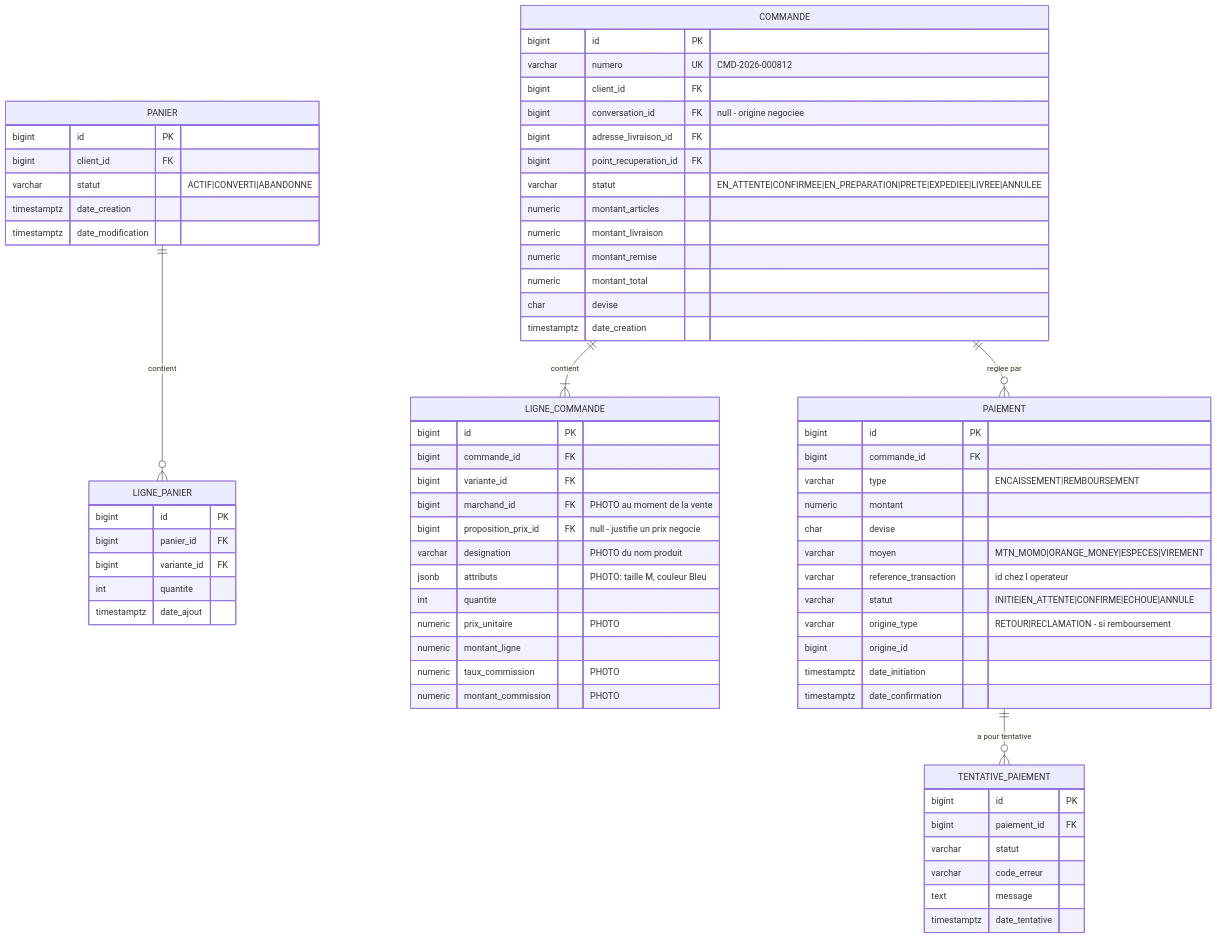
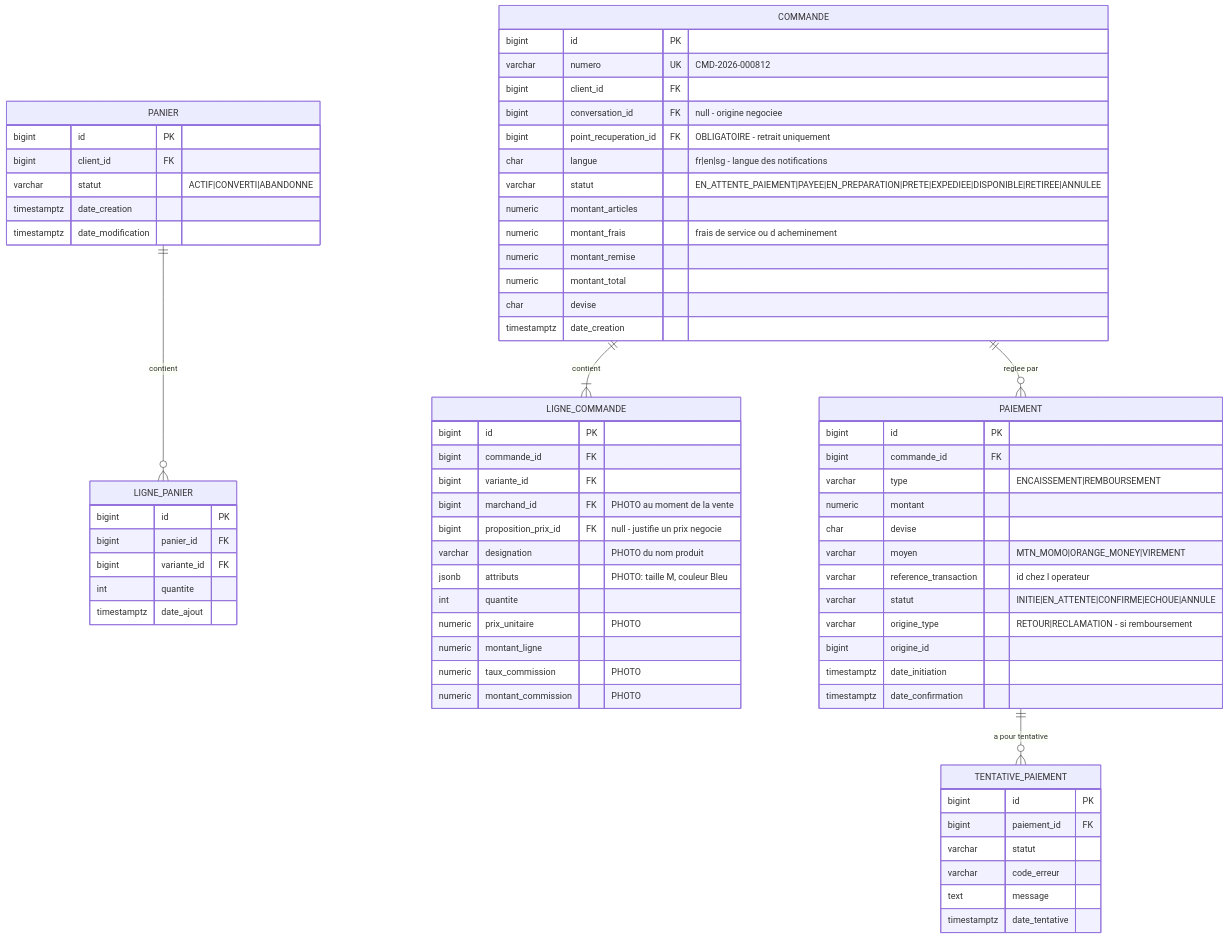
The fifth of 12 diagrams in docs/cours/03-le-modele-corrige.md (Dominique-BRIA/garah), drawn with Mermaid before and after one commit. The commit also changed other lines of this file and 1 other file, not shown here.

````diff
--- a/docs/cours/03-le-modele-corrige.md
+++ b/docs/cours/03-le-modele-corrige.md
@@ -576,78 +623,78 @@
 ```mermaid
 erDiagram
     PANIER {
         bigint id PK
         bigint client_id FK
         varchar statut "ACTIF|CONVERTI|ABANDONNE"
         timestamptz date_creation
         timestamptz date_modification
     }
 
     LIGNE_PANIER {
         bigint id PK
         bigint panier_id FK
         bigint variante_id FK
         int quantite
         timestamptz date_ajout
     }
 
     COMMANDE {
         bigint id PK
         varchar numero UK "CMD-2026-000812"
         bigint client_id FK
         bigint conversation_id FK "null - origine negociee"
-        bigint adresse_livraison_id FK
-        bigint point_recuperation_id FK
-        varchar statut "EN_ATTENTE|CONFIRMEE|EN_PREPARATION|PRETE|EXPEDIEE|LIVREE|ANNULEE"
+        bigint point_recuperation_id FK "OBLIGATOIRE - retrait uniquement"
+        char langue "fr|en|sg - langue des notifications"
+        varchar statut "EN_ATTENTE_PAIEMENT|PAYEE|EN_PREPARATION|PRETE|EXPEDIEE|DISPONIBLE|RETIREE|ANNULEE"
         numeric montant_articles
-        numeric montant_livraison
+        numeric montant_frais "frais de service ou d acheminement"
         numeric montant_remise
         numeric montant_total
         char devise
         timestamptz date_creation
     }
 
     LIGNE_COMMANDE {
         bigint id PK
         bigint commande_id FK
         bigint variante_id FK
         bigint marchand_id FK "PHOTO au moment de la vente"
         bigint proposition_prix_id FK "null - justifie un prix negocie"
         varchar designation "PHOTO du nom produit"
         jsonb attributs "PHOTO: taille M, couleur Bleu"
         int quantite
         numeric prix_unitaire "PHOTO"
         numeric montant_ligne
         numeric taux_commission "PHOTO"
         numeric montant_commission "PHOTO"
     }
 
     PAIEMENT {
         bigint id PK
         bigint commande_id FK
         varchar type "ENCAISSEMENT|REMBOURSEMENT"
         numeric montant
         char devise
-        varchar moyen "MTN_MOMO|ORANGE_MONEY|ESPECES|VIREMENT"
+        varchar moyen "MTN_MOMO|ORANGE_MONEY|VIREMENT"
         varchar reference_transaction "id chez l operateur"
         varchar statut "INITIE|EN_ATTENTE|CONFIRME|ECHOUE|ANNULE"
         varchar origine_type "RETOUR|RECLAMATION - si remboursement"
         bigint origine_id
         timestamptz date_initiation
         timestamptz date_confirmation
     }
 
     TENTATIVE_PAIEMENT {
         bigint id PK
         bigint paiement_id FK
         varchar statut
         varchar code_erreur
         text message
         timestamptz date_tentative
     }
 
     PANIER ||--o{ LIGNE_PANIER : "contient"
     COMMANDE ||--|{ LIGNE_COMMANDE : "contient"
     COMMANDE ||--o{ PAIEMENT : "reglee par"
     PAIEMENT ||--o{ TENTATIVE_PAIEMENT : "a pour tentative"
 ```
````
